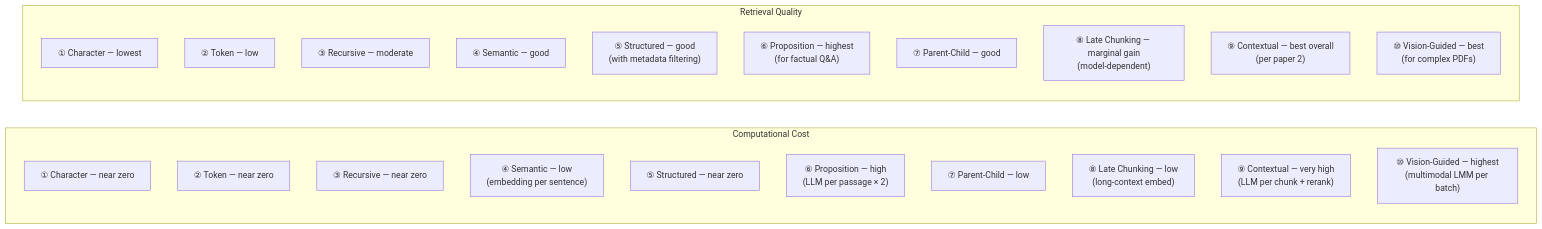
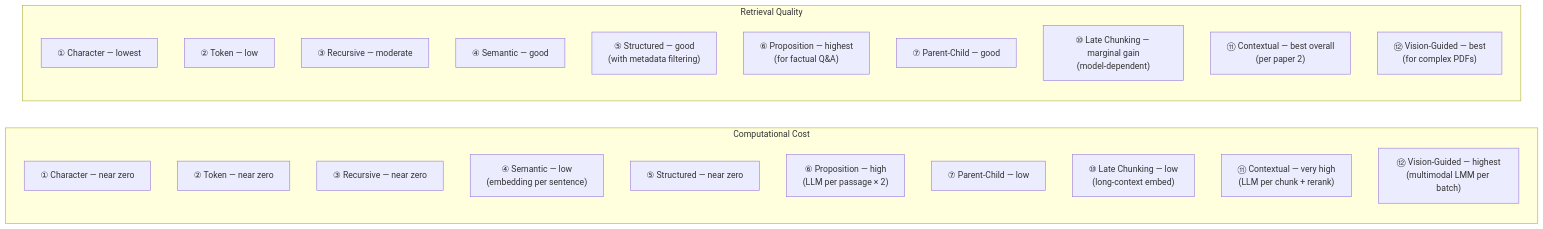
The first of 2 diagrams in 1_Chunking_Techniques/README.md (mdhasnainali/explore-rag-techniques), drawn with Mermaid before and after one commit. The commit also changed other lines of this file and 5 other files, not shown here.

````diff
--- a/1_Chunking_Techniques/README.md
+++ b/1_Chunking_Techniques/README.md
@@ -233,30 +176,30 @@
 ```mermaid
 flowchart LR
     subgraph cost["Computational Cost"]
         direction TB
         C1["① Character — near zero"]
         C2["② Token — near zero"]
         C3["③ Recursive — near zero"]
         C4["④ Semantic — low\n(embedding per sentence)"]
         C5["⑤ Structured — near zero"]
         C6["⑥ Proposition — high\n(LLM per passage × 2)"]
         C7["⑦ Parent-Child — low"]
-        C8["⑧ Late Chunking — low\n(long-context embed)"]
-        C9["⑨ Contextual — very high\n(LLM per chunk + rerank)"]
-        C10["⑩ Vision-Guided — highest\n(multimodal LMM per batch)"]
+        C8["⑩ Late Chunking — low\n(long-context embed)"]
+        C9["⑪ Contextual — very high\n(LLM per chunk + rerank)"]
+        C10["⑫ Vision-Guided — highest\n(multimodal LMM per batch)"]
     end
 
     subgraph quality["Retrieval Quality"]
         direction TB
         Q1["① Character — lowest"]
         Q2["② Token — low"]
         Q3["③ Recursive — moderate"]
         Q4["④ Semantic — good"]
         Q5["⑤ Structured — good\n(with metadata filtering)"]
         Q6["⑥ Proposition — highest\n(for factual Q&A)"]
         Q7["⑦ Parent-Child — good"]
-        Q8["⑧ Late Chunking — marginal gain\n(model-dependent)"]
-        Q9["⑨ Contextual — best overall\n(per paper 2)"]
-        Q10["⑩ Vision-Guided — best\n(for complex PDFs)"]
+        Q8["⑩ Late Chunking — marginal gain\n(model-dependent)"]
+        Q9["⑪ Contextual — best overall\n(per paper 2)"]
+        Q10["⑫ Vision-Guided — best\n(for complex PDFs)"]
     end
 ```
````
